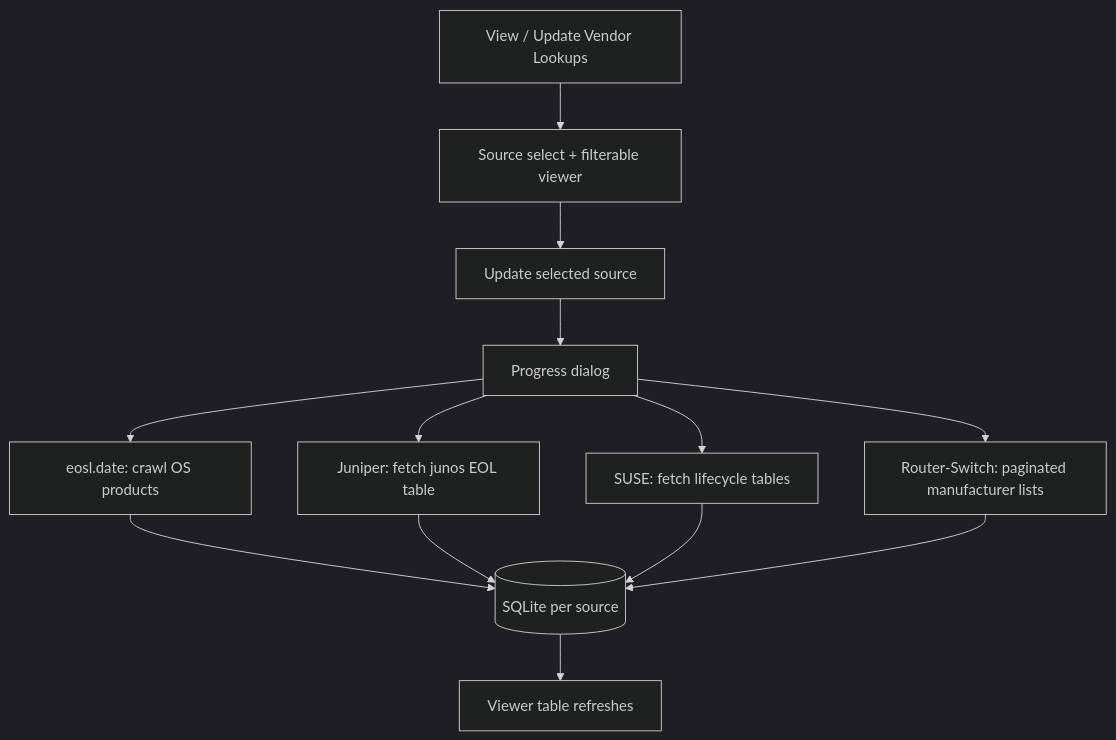
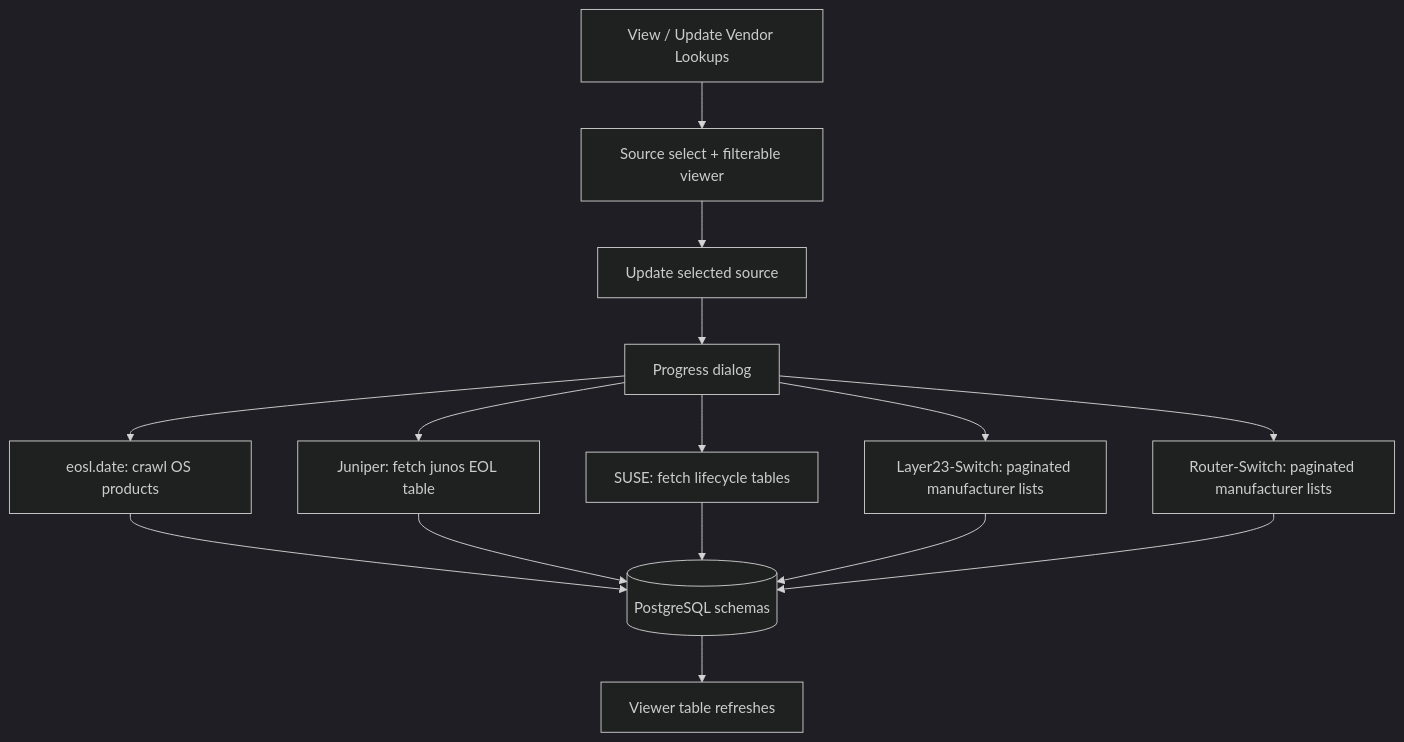
Before and after one commit to jibinge0rge/OS-Health-Check: the sixth of 7 diagrams in README.md, drawn with Mermaid (dark theme). The commit also changed other lines of this file and 32 other files, not shown here.

````diff
--- a/README.md
+++ b/README.md
@@ -373,15 +548,17 @@
 ```mermaid
 flowchart TD
   View[View / Update Vendor Lookups] --> Modal[Source select + filterable viewer]
   Modal --> U[Update selected source]
   U --> Prog[Progress dialog]
   Prog --> EoslPath[eosl.date: crawl OS products]
   Prog --> JunosPath[Juniper: fetch junos EOL table]
   Prog --> SusePath[SUSE: fetch lifecycle tables]
+  Prog --> L23Path[Layer23-Switch: paginated manufacturer lists]
   Prog --> RsPath[Router-Switch: paginated manufacturer lists]
-  EoslPath --> Store[(SQLite per source)]
+  EoslPath --> Store[(PostgreSQL schemas)]
   JunosPath --> Store
   SusePath --> Store
+  L23Path --> Store
   RsPath --> Store
   Store --> RefreshUI[Viewer table refreshes]
 ```
````
